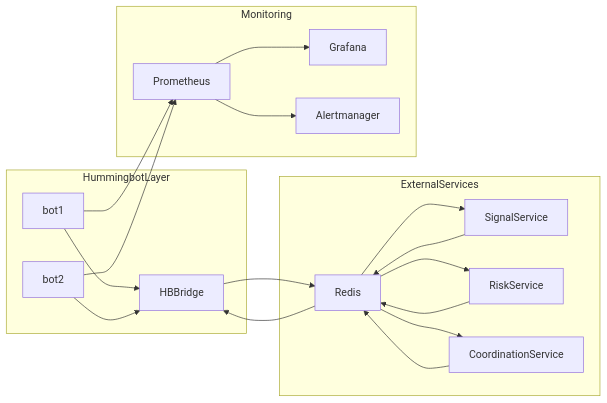
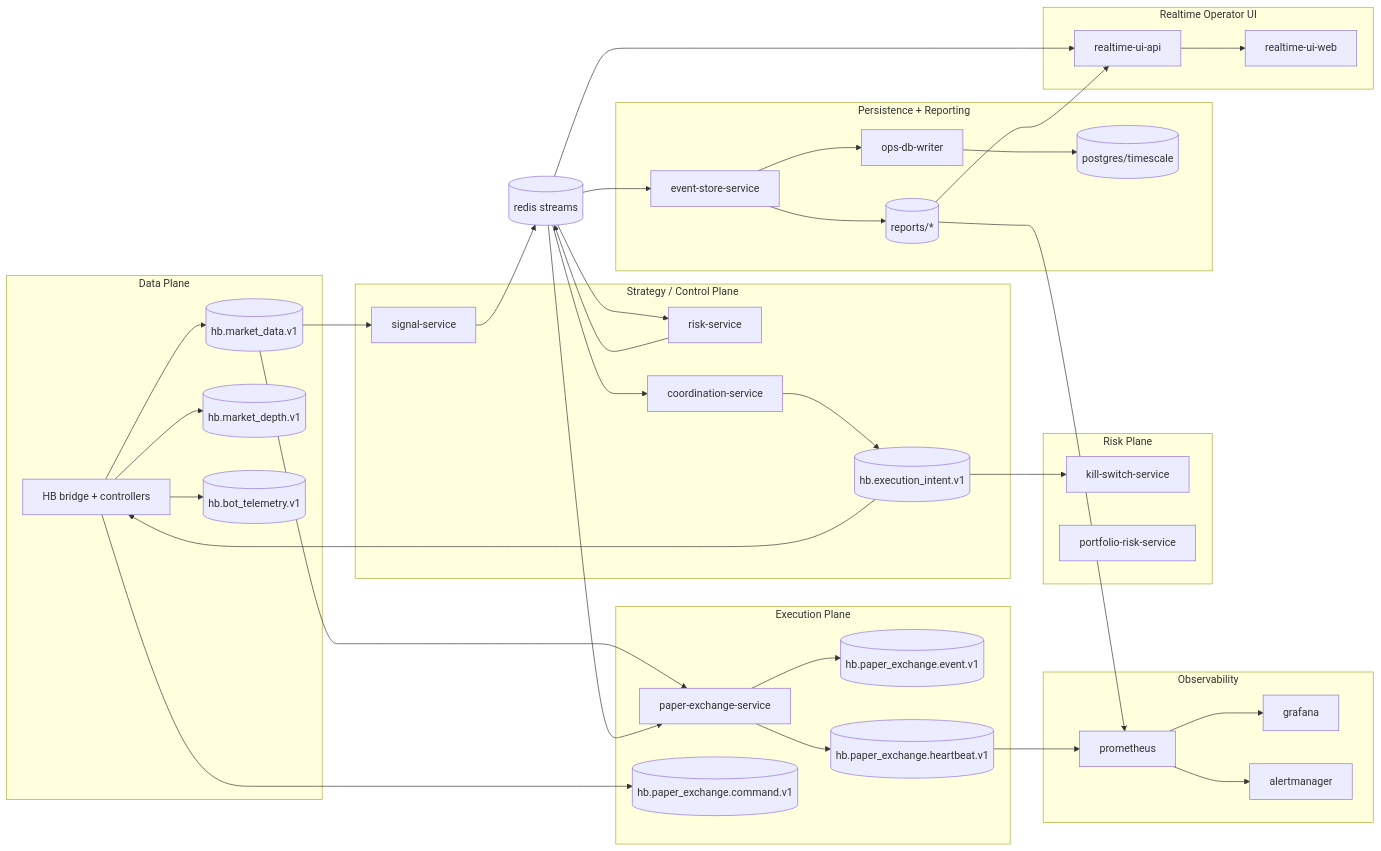
Before and after one commit to kzay/hummingbot-trading: the diagram in hbot/docs/architecture/system_architecture.md, drawn with Mermaid. The commit also changed other lines of this file and 504 other files, not shown here.

````diff
--- a/hbot/docs/architecture/system_architecture.md
+++ b/hbot/docs/architecture/system_architecture.md
@@ -10,33 +28,74 @@
 ```mermaid
 flowchart LR
-  subgraph hbLayer [HummingbotLayer]
-    bot1[bot1]
-    bot2[bot2]
-    bridge[HBBridge]
+  subgraph DataPlane[Data Plane]
+    hb[HB bridge + controllers]
+    md[(hb.market_data.v1)]
+    depth[(hb.market_depth.v1)]
+    bt[(hb.bot_telemetry.v1)]
   end
-  subgraph extLayer [ExternalServices]
-    redis[Redis]
-    signal[SignalService]
-    risk[RiskService]
-    coord[CoordinationService]
+
+  subgraph ControlPlane[Strategy / Control Plane]
+    sig[signal-service]
+    risk[risk-service]
+    coord[coordination-service]
+    intent[(hb.execution_intent.v1)]
   end
-  subgraph monLayer [Monitoring]
-    prom[Prometheus]
-    grafana[Grafana]
-    alerts[Alertmanager]
+
+  subgraph ExecPlane[Execution Plane]
+    pe[paper-exchange-service]
+    pec[(hb.paper_exchange.command.v1)]
+    pee[(hb.paper_exchange.event.v1)]
+    peh[(hb.paper_exchange.heartbeat.v1)]
   end
-  bot1 --> bridge
-  bot2 --> bridge
-  bridge --> redis
-  redis --> signal
-  signal --> redis
-  redis --> risk
-  risk --> redis
-  redis --> coord
-  coord --> redis
-  redis --> bridge
-  bot1 --> prom
-  bot2 --> prom
-  prom --> grafana
-  prom --> alerts
+
+  subgraph RiskPlane[Risk Plane]
+    ks[kill-switch-service]
+    pr[portfolio-risk-service]
+  end
+
+  subgraph Persistence[Persistence + Reporting]
+    es[event-store-service]
+    dbw[ops-db-writer]
+    pg[(postgres/timescale)]
+    rep[(reports/*)]
+  end
+
+  subgraph Observability[Observability]
+    prom[prometheus]
+    graf[grafana]
+    am[alertmanager]
+  end
+
+  subgraph RealtimeUi[Realtime Operator UI]
+    rapi[realtime-ui-api]
+    rweb[realtime-ui-web]
+  end
+
+  redis[(redis streams)]
+
+  hb --> md
+  hb --> depth
+  hb --> bt
+  md --> sig --> redis
+  redis --> risk --> redis
+  redis --> coord --> intent
+  intent --> hb
+  intent --> ks
+
+  hb --> pec
+  md --> pe
+  redis --> pe
+  pe --> pee
+  pe --> peh
+
+  redis --> es
+  redis --> rapi
+  es --> rep
+  es --> dbw --> pg
+  rep --> rapi
+  rapi --> rweb
+
+  rep --> prom --> graf
+  prom --> am
+  peh --> prom
 ```
````
